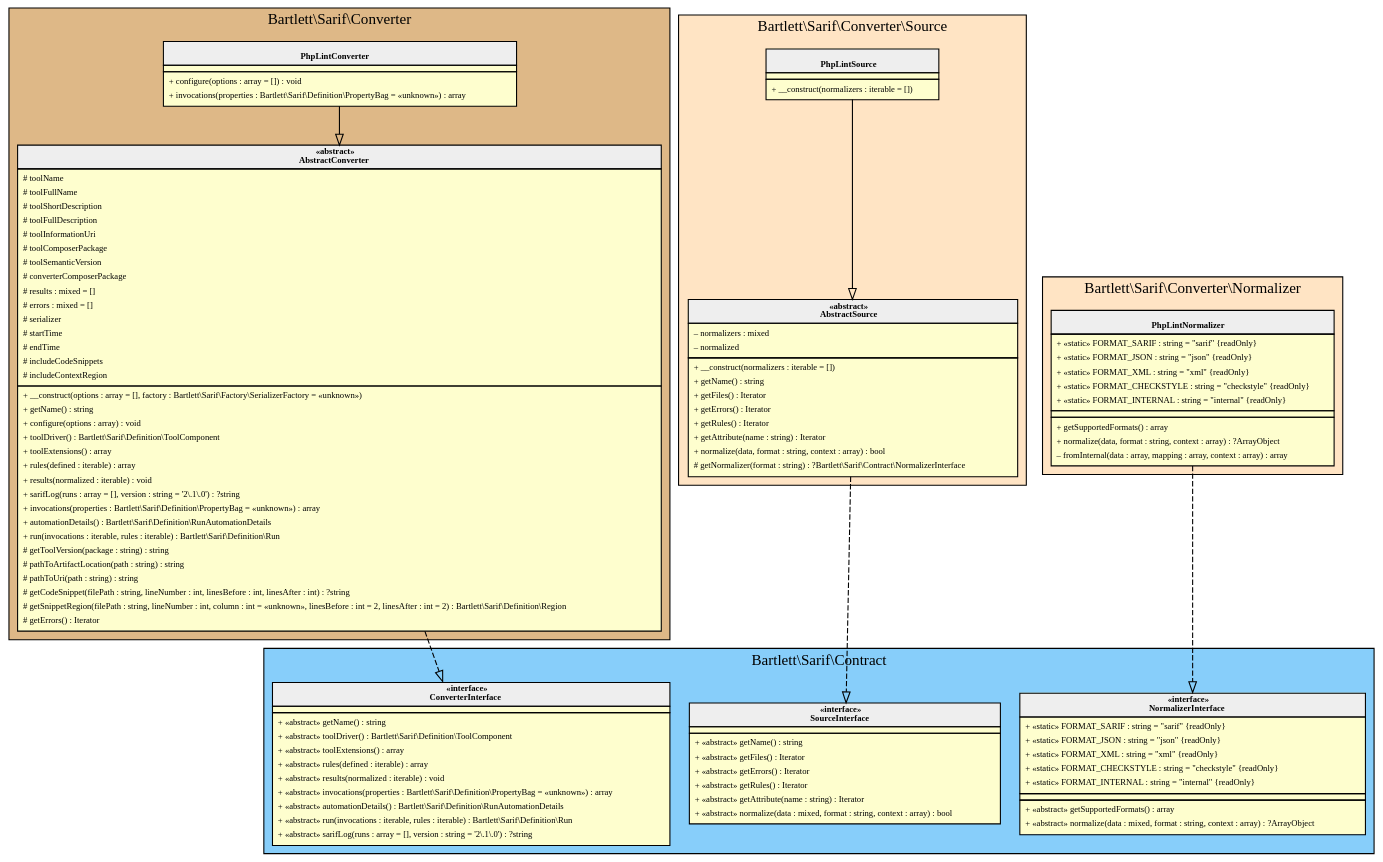
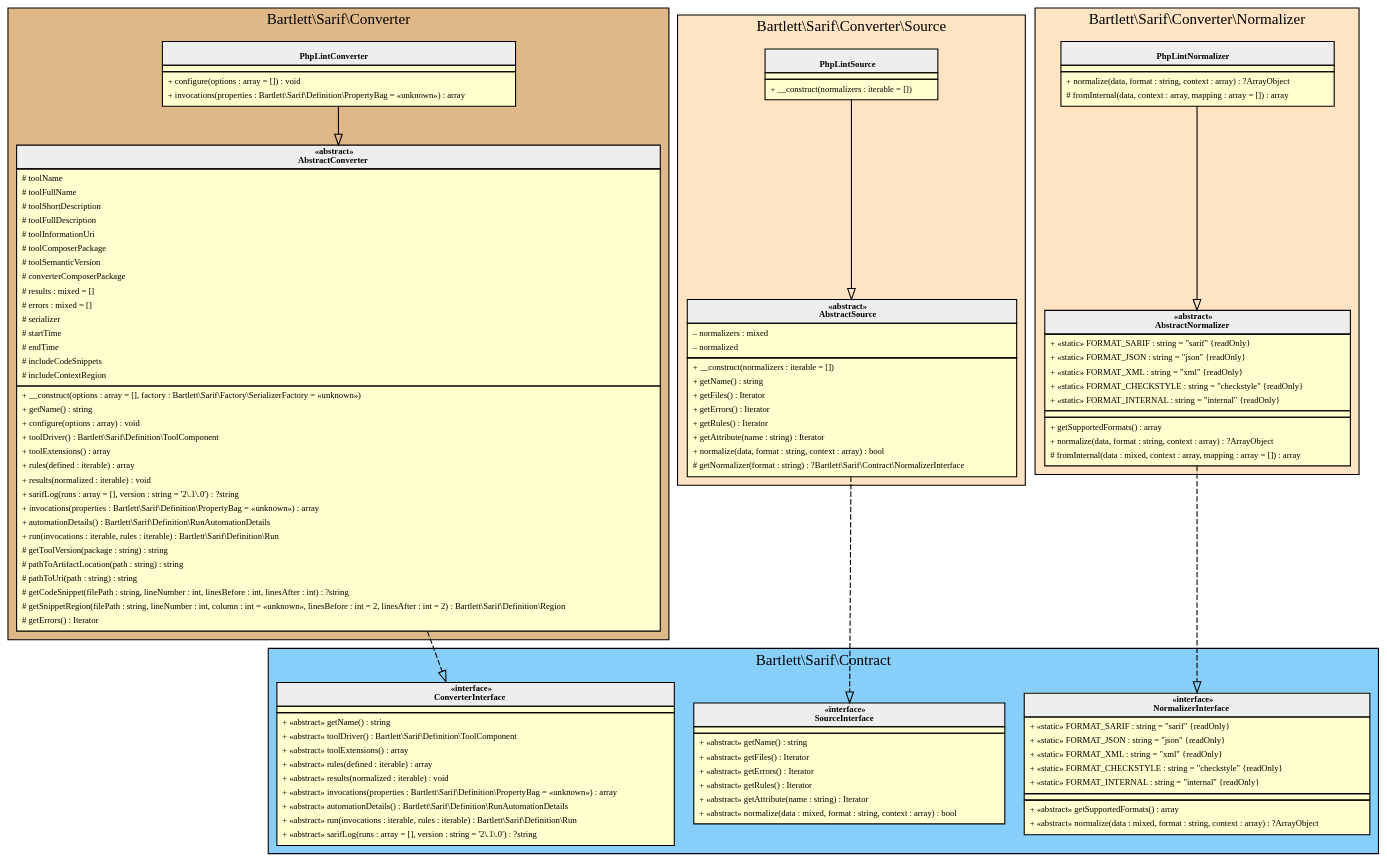
Before and after one commit to llaville/sarif-php-converters: the diagram in 1.0/assets/images/converter-phplint.html.gv, drawn with Graphviz. The commit also changed 26 other files, not shown here.

```diff
--- a/1.0/assets/images/converter-phplint.html.gv
+++ b/1.0/assets/images/converter-phplint.html.gv
@@ -1,163 +1,173 @@
 digraph {
   graph [name="G" overlap="false" rankdir="TB" bgcolor="transparent"]
   node [fontname="Verdana" fontsize=8 shape="none" margin=0 fillcolor="#FEFECE" style="filled"]
   edge [fontname="Verdana" fontsize=8]
   subgraph cluster_0 {
     graph [bgcolor="BurlyWood"]
     label = "Bartlett\\Sarif\\Converter"
     "Bartlett\\Sarif\\Converter\\PhpLintConverter" [shape="none" label=<
 <table cellspacing="0" border="0" cellborder="1">
     <tr><td bgcolor="#eeeeee"><b><br/>PhpLintConverter</b></td></tr>
     <tr><td></td></tr>
     <tr><td><table border="0" cellspacing="0" cellpadding="2">
     <tr><td align="left">+ configure(options : array = []) : void</td></tr>
     <tr><td align="left">+ invocations(properties : Bartlett\\Sarif\\Definition\\PropertyBag = «unknown») : array</td></tr>
 </table></td></tr>
 </table>>]
     "Bartlett\\Sarif\\Converter\\AbstractConverter" [shape="none" label=<
 <table cellspacing="0" border="0" cellborder="1">
     <tr><td bgcolor="#eeeeee"><b>«abstract»<br/>AbstractConverter</b></td></tr>
     <tr><td><table border="0" cellspacing="0" cellpadding="2">
     <tr><td align="left"># toolName</td></tr>
     <tr><td align="left"># toolFullName</td></tr>
     <tr><td align="left"># toolShortDescription</td></tr>
     <tr><td align="left"># toolFullDescription</td></tr>
     <tr><td align="left"># toolInformationUri</td></tr>
     <tr><td align="left"># toolComposerPackage</td></tr>
     <tr><td align="left"># toolSemanticVersion</td></tr>
     <tr><td align="left"># converterComposerPackage</td></tr>
     <tr><td align="left"># results : mixed = []</td></tr>
     <tr><td align="left"># errors : mixed = []</td></tr>
     <tr><td align="left"># serializer</td></tr>
     <tr><td align="left"># startTime</td></tr>
     <tr><td align="left"># endTime</td></tr>
     <tr><td align="left"># includeCodeSnippets</td></tr>
     <tr><td align="left"># includeContextRegion</td></tr>
 </table></td></tr>
     <tr><td><table border="0" cellspacing="0" cellpadding="2">
     <tr><td align="left">+ __construct(options : array = [], factory : Bartlett\\Sarif\\Factory\\SerializerFactory = «unknown»)</td></tr>
     <tr><td align="left">+ getName() : string</td></tr>
     <tr><td align="left">+ configure(options : array) : void</td></tr>
     <tr><td align="left">+ toolDriver() : Bartlett\\Sarif\\Definition\\ToolComponent</td></tr>
     <tr><td align="left">+ toolExtensions() : array</td></tr>
     <tr><td align="left">+ rules(defined : iterable) : array</td></tr>
     <tr><td align="left">+ results(normalized : iterable) : void</td></tr>
     <tr><td align="left">+ sarifLog(runs : array = [], version : string = '2\.1\.0') : ?string</td></tr>
     <tr><td align="left">+ invocations(properties : Bartlett\\Sarif\\Definition\\PropertyBag = «unknown») : array</td></tr>
     <tr><td align="left">+ automationDetails() : Bartlett\\Sarif\\Definition\\RunAutomationDetails</td></tr>
     <tr><td align="left">+ run(invocations : iterable, rules : iterable) : Bartlett\\Sarif\\Definition\\Run</td></tr>
     <tr><td align="left"># getToolVersion(package : string) : string</td></tr>
     <tr><td align="left"># pathToArtifactLocation(path : string) : string</td></tr>
     <tr><td align="left"># pathToUri(path : string) : string</td></tr>
     <tr><td align="left"># getCodeSnippet(filePath : string, lineNumber : int, linesBefore : int, linesAfter : int) : ?string</td></tr>
     <tr><td align="left"># getSnippetRegion(filePath : string, lineNumber : int, column : int = «unknown», linesBefore : int = 2, linesAfter : int = 2) : Bartlett\\Sarif\\Definition\\Region</td></tr>
     <tr><td align="left"># getErrors() : Iterator</td></tr>
 </table></td></tr>
 </table>>]
   }
   subgraph cluster_1 {
     graph [bgcolor="LightSkyBlue"]
     label = "Bartlett\\Sarif\\Contract"
     "Bartlett\\Sarif\\Contract\\ConverterInterface" [shape="none" label=<
 <table cellspacing="0" border="0" cellborder="1">
     <tr><td bgcolor="#eeeeee"><b>«interface»<br/>ConverterInterface</b></td></tr>
     <tr><td></td></tr>
     <tr><td><table border="0" cellspacing="0" cellpadding="2">
     <tr><td align="left">+ «abstract» getName() : string</td></tr>
     <tr><td align="left">+ «abstract» toolDriver() : Bartlett\\Sarif\\Definition\\ToolComponent</td></tr>
     <tr><td align="left">+ «abstract» toolExtensions() : array</td></tr>
     <tr><td align="left">+ «abstract» rules(defined : iterable) : array</td></tr>
     <tr><td align="left">+ «abstract» results(normalized : iterable) : void</td></tr>
     <tr><td align="left">+ «abstract» invocations(properties : Bartlett\\Sarif\\Definition\\PropertyBag = «unknown») : array</td></tr>
     <tr><td align="left">+ «abstract» automationDetails() : Bartlett\\Sarif\\Definition\\RunAutomationDetails</td></tr>
     <tr><td align="left">+ «abstract» run(invocations : iterable, rules : iterable) : Bartlett\\Sarif\\Definition\\Run</td></tr>
     <tr><td align="left">+ «abstract» sarifLog(runs : array = [], version : string = '2\.1\.0') : ?string</td></tr>
 </table></td></tr>
 </table>>]
     "Bartlett\\Sarif\\Contract\\SourceInterface" [shape="none" label=<
 <table cellspacing="0" border="0" cellborder="1">
     <tr><td bgcolor="#eeeeee"><b>«interface»<br/>SourceInterface</b></td></tr>
     <tr><td></td></tr>
     <tr><td><table border="0" cellspacing="0" cellpadding="2">
     <tr><td align="left">+ «abstract» getName() : string</td></tr>
     <tr><td align="left">+ «abstract» getFiles() : Iterator</td></tr>
     <tr><td align="left">+ «abstract» getErrors() : Iterator</td></tr>
     <tr><td align="left">+ «abstract» getRules() : Iterator</td></tr>
     <tr><td align="left">+ «abstract» getAttribute(name : string) : Iterator</td></tr>
     <tr><td align="left">+ «abstract» normalize(data : mixed, format : string, context : array) : bool</td></tr>
 </table></td></tr>
 </table>>]
     "Bartlett\\Sarif\\Contract\\NormalizerInterface" [shape="none" label=<
 <table cellspacing="0" border="0" cellborder="1">
     <tr><td bgcolor="#eeeeee"><b>«interface»<br/>NormalizerInterface</b></td></tr>
     <tr><td><table border="0" cellspacing="0" cellpadding="2">
     <tr><td align="left">+ «static» FORMAT_SARIF : string = "sarif" {readOnly}</td></tr>
     <tr><td align="left">+ «static» FORMAT_JSON : string = "json" {readOnly}</td></tr>
     <tr><td align="left">+ «static» FORMAT_XML : string = "xml" {readOnly}</td></tr>
     <tr><td align="left">+ «static» FORMAT_CHECKSTYLE : string = "checkstyle" {readOnly}</td></tr>
     <tr><td align="left">+ «static» FORMAT_INTERNAL : string = "internal" {readOnly}</td></tr>
 </table></td></tr>
     <tr><td></td></tr>
     <tr><td><table border="0" cellspacing="0" cellpadding="2">
     <tr><td align="left">+ «abstract» getSupportedFormats() : array</td></tr>
     <tr><td align="left">+ «abstract» normalize(data : mixed, format : string, context : array) : ?ArrayObject</td></tr>
 </table></td></tr>
 </table>>]
   }
   subgraph cluster_2 {
     graph [bgcolor="Bisque"]
     label = "Bartlett\\Sarif\\Converter\\Source"
     "Bartlett\\Sarif\\Converter\\Source\\PhpLintSource" [shape="none" label=<
 <table cellspacing="0" border="0" cellborder="1">
     <tr><td bgcolor="#eeeeee"><b><br/>PhpLintSource</b></td></tr>
     <tr><td></td></tr>
     <tr><td><table border="0" cellspacing="0" cellpadding="2">
     <tr><td align="left">+ __construct(normalizers : iterable = [])</td></tr>
 </table></td></tr>
 </table>>]
     "Bartlett\\Sarif\\Converter\\Source\\AbstractSource" [shape="none" label=<
 <table cellspacing="0" border="0" cellborder="1">
     <tr><td bgcolor="#eeeeee"><b>«abstract»<br/>AbstractSource</b></td></tr>
     <tr><td><table border="0" cellspacing="0" cellpadding="2">
     <tr><td align="left">– normalizers : mixed</td></tr>
     <tr><td align="left">– normalized</td></tr>
 </table></td></tr>
     <tr><td><table border="0" cellspacing="0" cellpadding="2">
     <tr><td align="left">+ __construct(normalizers : iterable = [])</td></tr>
     <tr><td align="left">+ getName() : string</td></tr>
     <tr><td align="left">+ getFiles() : Iterator</td></tr>
     <tr><td align="left">+ getErrors() : Iterator</td></tr>
     <tr><td align="left">+ getRules() : Iterator</td></tr>
     <tr><td align="left">+ getAttribute(name : string) : Iterator</td></tr>
     <tr><td align="left">+ normalize(data, format : string, context : array) : bool</td></tr>
     <tr><td align="left"># getNormalizer(format : string) : ?Bartlett\\Sarif\\Contract\\NormalizerInterface</td></tr>
 </table></td></tr>
 </table>>]
   }
   subgraph cluster_3 {
     graph [bgcolor="Bisque"]
     label = "Bartlett\\Sarif\\Converter\\Normalizer"
     "Bartlett\\Sarif\\Converter\\Normalizer\\PhpLintNormalizer" [shape="none" label=<
 <table cellspacing="0" border="0" cellborder="1">
     <tr><td bgcolor="#eeeeee"><b><br/>PhpLintNormalizer</b></td></tr>
+    <tr><td></td></tr>
+    <tr><td><table border="0" cellspacing="0" cellpadding="2">
+    <tr><td align="left">+ normalize(data, format : string, context : array) : ?ArrayObject</td></tr>
+    <tr><td align="left"># fromInternal(data, context : array, mapping : array = []) : array</td></tr>
+</table></td></tr>
+</table>>]
+    "Bartlett\\Sarif\\Converter\\Normalizer\\AbstractNormalizer" [shape="none" label=<
+<table cellspacing="0" border="0" cellborder="1">
+    <tr><td bgcolor="#eeeeee"><b>«abstract»<br/>AbstractNormalizer</b></td></tr>
     <tr><td><table border="0" cellspacing="0" cellpadding="2">
     <tr><td align="left">+ «static» FORMAT_SARIF : string = "sarif" {readOnly}</td></tr>
     <tr><td align="left">+ «static» FORMAT_JSON : string = "json" {readOnly}</td></tr>
     <tr><td align="left">+ «static» FORMAT_XML : string = "xml" {readOnly}</td></tr>
     <tr><td align="left">+ «static» FORMAT_CHECKSTYLE : string = "checkstyle" {readOnly}</td></tr>
     <tr><td align="left">+ «static» FORMAT_INTERNAL : string = "internal" {readOnly}</td></tr>
 </table></td></tr>
     <tr><td></td></tr>
     <tr><td><table border="0" cellspacing="0" cellpadding="2">
     <tr><td align="left">+ getSupportedFormats() : array</td></tr>
     <tr><td align="left">+ normalize(data, format : string, context : array) : ?ArrayObject</td></tr>
-    <tr><td align="left">– fromInternal(data : array, mapping : array, context : array) : array</td></tr>
+    <tr><td align="left"># fromInternal(data : mixed, context : array, mapping : array = []) : array</td></tr>
 </table></td></tr>
 </table>>]
   }
   "Bartlett\\Sarif\\Converter\\AbstractConverter" -> "Bartlett\\Sarif\\Contract\\ConverterInterface" [arrowhead="empty" style="dashed"]
   "Bartlett\\Sarif\\Converter\\PhpLintConverter" -> "Bartlett\\Sarif\\Converter\\AbstractConverter" [arrowhead="empty" style="filled"]
   "Bartlett\\Sarif\\Converter\\Source\\AbstractSource" -> "Bartlett\\Sarif\\Contract\\SourceInterface" [arrowhead="empty" style="dashed"]
   "Bartlett\\Sarif\\Converter\\Source\\PhpLintSource" -> "Bartlett\\Sarif\\Converter\\Source\\AbstractSource" [arrowhead="empty" style="filled"]
-  "Bartlett\\Sarif\\Converter\\Normalizer\\PhpLintNormalizer" -> "Bartlett\\Sarif\\Contract\\NormalizerInterface" [arrowhead="empty" style="dashed"]
+  "Bartlett\\Sarif\\Converter\\Normalizer\\AbstractNormalizer" -> "Bartlett\\Sarif\\Contract\\NormalizerInterface" [arrowhead="empty" style="dashed"]
+  "Bartlett\\Sarif\\Converter\\Normalizer\\PhpLintNormalizer" -> "Bartlett\\Sarif\\Converter\\Normalizer\\AbstractNormalizer" [arrowhead="empty" style="filled"]
 }
```
